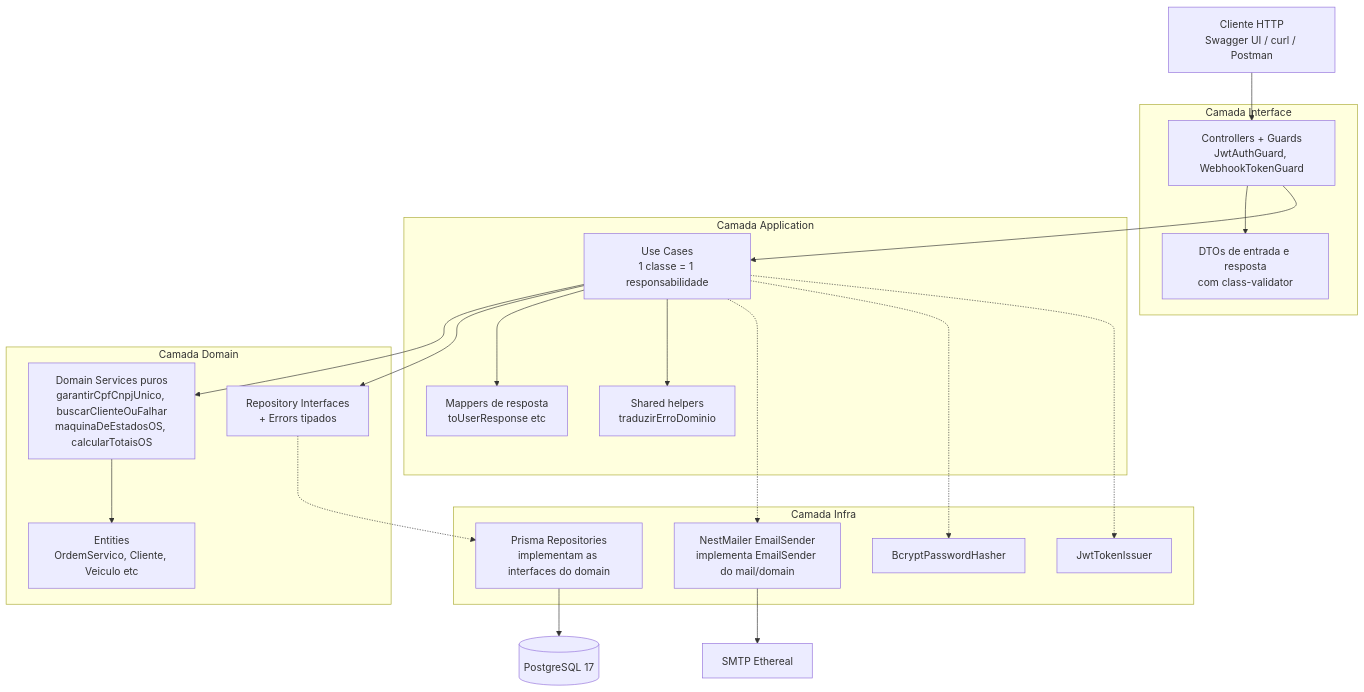
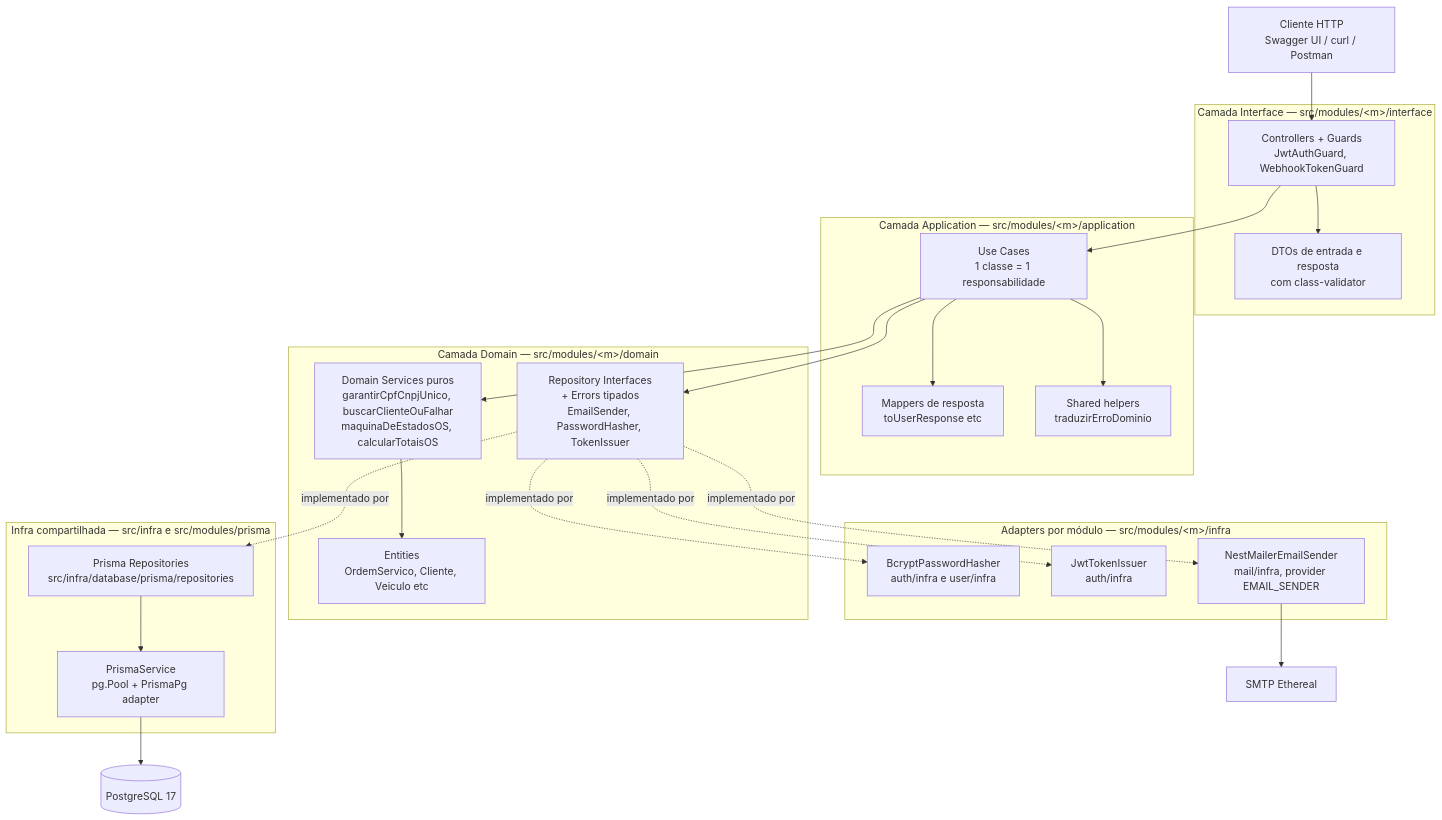
The first of 3 diagrams in README.md (LucasValada/tech-challenge-fiap), drawn with Mermaid before and after one commit. The commit also changed other lines of this file, not shown here.

Commit message:
docs(readme): ajusta diagramas de componentes e infra e reserva seção para o vídeo
Diagrama de componentes: separa em dois subgráficos de infra os
adaptadores por módulo (Bcrypt, JwtTokenIssuer, NestMailerEmailSender
em src/modules/<m>/infra) da infra compartilhada (PrismaService e Prisma
repositories em src/infra/database e src/modules/prisma), refletindo a
organização real do código. Anota o path de cada camada no rótulo e
lista as demais interfaces do domain (EmailSender, PasswordHasher,
TokenIssuer) ao lado do Repository.

Diagrama de infraestrutura: substitui a notação ambígua 30080->3000
por 'host 3000 ↔ NodePort 30080' e 'host 5432 ↔ NodePort 30432', mostra
os dois Services de Postgres (ClusterIP e postgres-nodeport) como nós
distintos e adiciona a exposição do host localhost:5432.

Adiciona seção 'Vídeo demonstrativo' com placeholder para o link do
YouTube que será produzido posteriormente.

````diff
--- a/README.md
+++ b/README.md
@@ -67,43 +74,48 @@
 ```mermaid
 graph TB
     Client[Cliente HTTP<br/>Swagger UI / curl / Postman]
 
-    subgraph Interface[Camada Interface]
+    subgraph Interface[Camada Interface — src/modules/&lt;m&gt;/interface]
         Controllers[Controllers + Guards<br/>JwtAuthGuard, WebhookTokenGuard]
         DTOs[DTOs de entrada e resposta<br/>com class-validator]
     end
 
-    subgraph Application[Camada Application]
+    subgraph Application[Camada Application — src/modules/&lt;m&gt;/application]
         UseCases[Use Cases<br/>1 classe = 1 responsabilidade]
         Mappers[Mappers de resposta<br/>toUserResponse etc]
         Shared[Shared helpers<br/>traduzirErroDominio]
     end
 
-    subgraph Domain[Camada Domain]
+    subgraph Domain[Camada Domain — src/modules/&lt;m&gt;/domain]
         Entities[Entities<br/>OrdemServico, Cliente, Veiculo etc]
         DomainSvc[Domain Services puros<br/>garantirCpfCnpjUnico, buscarClienteOuFalhar<br/>maquinaDeEstadosOS, calcularTotaisOS]
-        Repos[Repository Interfaces<br/>+ Errors tipados]
+        Repos[Repository Interfaces<br/>+ Errors tipados<br/>EmailSender, PasswordHasher, TokenIssuer]
     end
 
-    subgraph Infra[Camada Infra]
-        PrismaRepos[Prisma Repositories<br/>implementam as interfaces do domain]
-        EmailAdapter[NestMailer EmailSender<br/>implementa EmailSender do mail/domain]
-        Hasher[BcryptPasswordHasher]
-        Jwt[JwtTokenIssuer]
+    subgraph ModuleInfra[Adapters por módulo — src/modules/&lt;m&gt;/infra]
+        Hasher[BcryptPasswordHasher<br/>auth/infra e user/infra]
+        Jwt[JwtTokenIssuer<br/>auth/infra]
+        EmailAdapter[NestMailerEmailSender<br/>mail/infra, provider EMAIL_SENDER]
+    end
+
+    subgraph SharedInfra[Infra compartilhada — src/infra e src/modules/prisma]
+        PrismaSvc[PrismaService<br/>pg.Pool + PrismaPg adapter]
+        PrismaRepos[Prisma Repositories<br/>src/infra/database/prisma/repositories]
     end
 
     Client --> Controllers
     Controllers --> DTOs
     Controllers --> UseCases
     UseCases --> DomainSvc
     UseCases --> Repos
     UseCases --> Mappers
     UseCases --> Shared
     DomainSvc --> Entities
-    Repos -.-> PrismaRepos
-    PrismaRepos --> Postgres[(PostgreSQL 17)]
-    UseCases -.-> EmailAdapter
+    Repos -.->|implementado por| PrismaRepos
+    Repos -.->|implementado por| Hasher
+    Repos -.->|implementado por| Jwt
+    Repos -.->|implementado por| EmailAdapter
+    PrismaRepos --> PrismaSvc
+    PrismaSvc --> Postgres[(PostgreSQL 17)]
     EmailAdapter --> SMTP[SMTP Ethereal]
-    UseCases -.-> Hasher
-    UseCases -.-> Jwt
 ```
````
